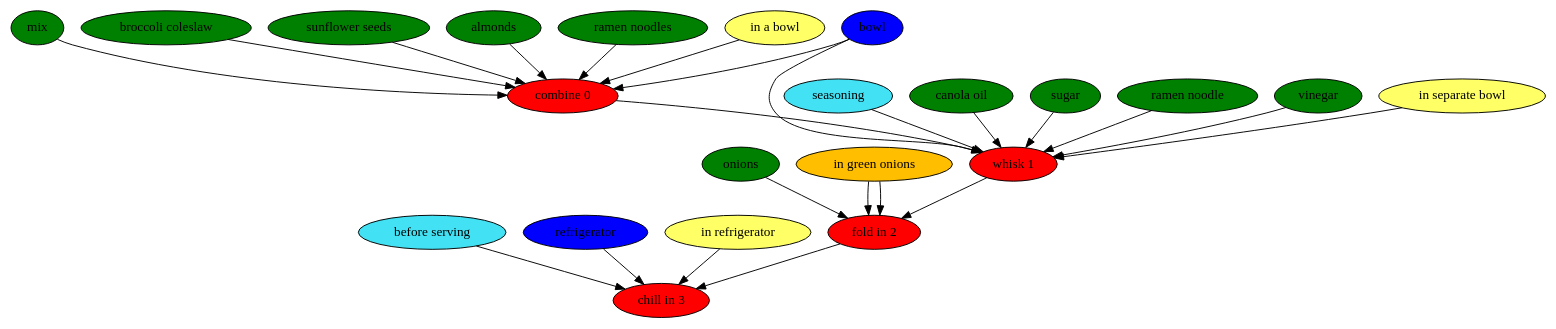
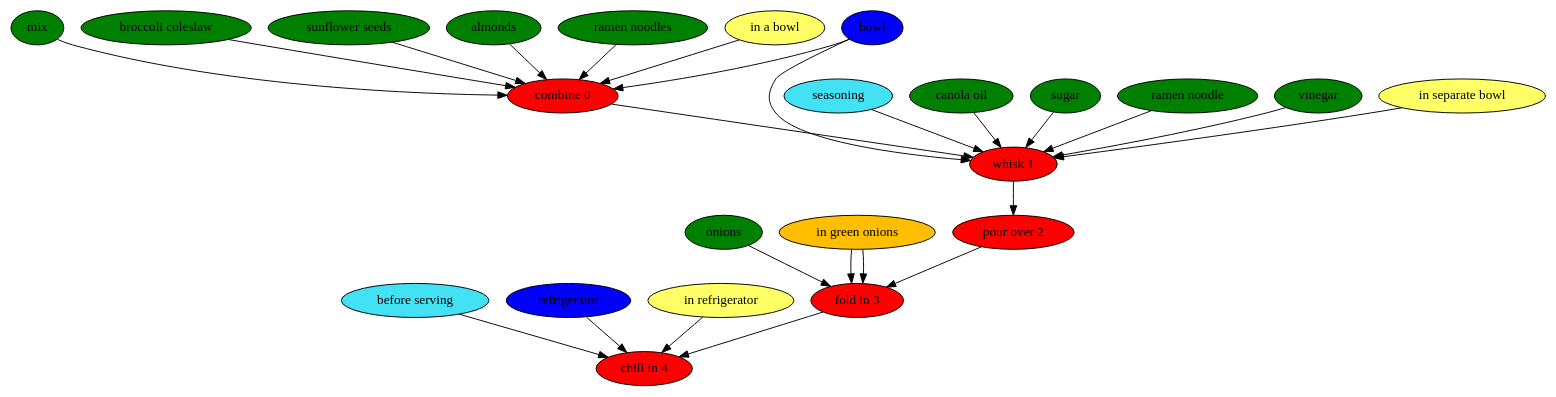
Before and after one commit to can-keklik/RecipePostagger: the diagram in results/paper/ramen-slaw.dot, drawn with Graphviz. The commit also changed 36 other files, not shown here.

```diff
--- a/results/paper/ramen-slaw.dot
+++ b/results/paper/ramen-slaw.dot
@@ -1,49 +1,51 @@
 digraph G {
 "combine 0" [style=filled, fillcolor=red];
 mix [style=filled, fillcolor=green];
 mix -> "combine 0";
 "broccoli coleslaw" [style=filled, fillcolor=green];
 "broccoli coleslaw" -> "combine 0";
 "sunflower seeds" [style=filled, fillcolor=green];
 "sunflower seeds" -> "combine 0";
 almonds [style=filled, fillcolor=green];
 almonds -> "combine 0";
 "ramen noodles" [style=filled, fillcolor=green];
 "ramen noodles" -> "combine 0";
 bowl [style=filled, fillcolor="#0000ff"];
 bowl -> "combine 0";
 "in a bowl" [style=filled, fillcolor="#ffff66"];
 "in a bowl" -> "combine 0";
 "whisk 1" [style=filled, fillcolor=red];
 seasoning [style=filled, fillcolor="#42e2f4"];
 seasoning -> "whisk 1";
 "canola oil" [style=filled, fillcolor=green];
 "canola oil" -> "whisk 1";
 sugar [style=filled, fillcolor=green];
 sugar -> "whisk 1";
 "ramen noodle" [style=filled, fillcolor=green];
 "ramen noodle" -> "whisk 1";
 vinegar [style=filled, fillcolor=green];
 vinegar -> "whisk 1";
 bowl [style=filled, fillcolor="#0000ff"];
 bowl -> "whisk 1";
 "in separate bowl" [style=filled, fillcolor="#ffff66"];
 "in separate bowl" -> "whisk 1";
-"fold in 2" [style=filled, fillcolor=red];
+"pour over 2" [style=filled, fillcolor=red];
+"fold in 3" [style=filled, fillcolor=red];
 onions [style=filled, fillcolor=green];
-onions -> "fold in 2";
+onions -> "fold in 3";
 "in green onions" [style=filled, fillcolor="#01DFA5"];
-"in green onions" -> "fold in 2";
+"in green onions" -> "fold in 3";
 "in green onions" [style=filled, fillcolor="#FFBF00"];
-"in green onions" -> "fold in 2";
-"chill in 3" [style=filled, fillcolor=red];
+"in green onions" -> "fold in 3";
+"chill in 4" [style=filled, fillcolor=red];
 "before serving" [style=filled, fillcolor="#42e2f4"];
-"before serving" -> "chill in 3";
+"before serving" -> "chill in 4";
 refrigerator [style=filled, fillcolor="#0000ff"];
-refrigerator -> "chill in 3";
+refrigerator -> "chill in 4";
 "in refrigerator" [style=filled, fillcolor="#ffff66"];
-"in refrigerator" -> "chill in 3";
+"in refrigerator" -> "chill in 4";
 "combine 0" -> "whisk 1";
-"whisk 1" -> "fold in 2";
-"fold in 2" -> "chill in 3";
+"whisk 1" -> "pour over 2";
+"pour over 2" -> "fold in 3";
+"fold in 3" -> "chill in 4";
 }
```
